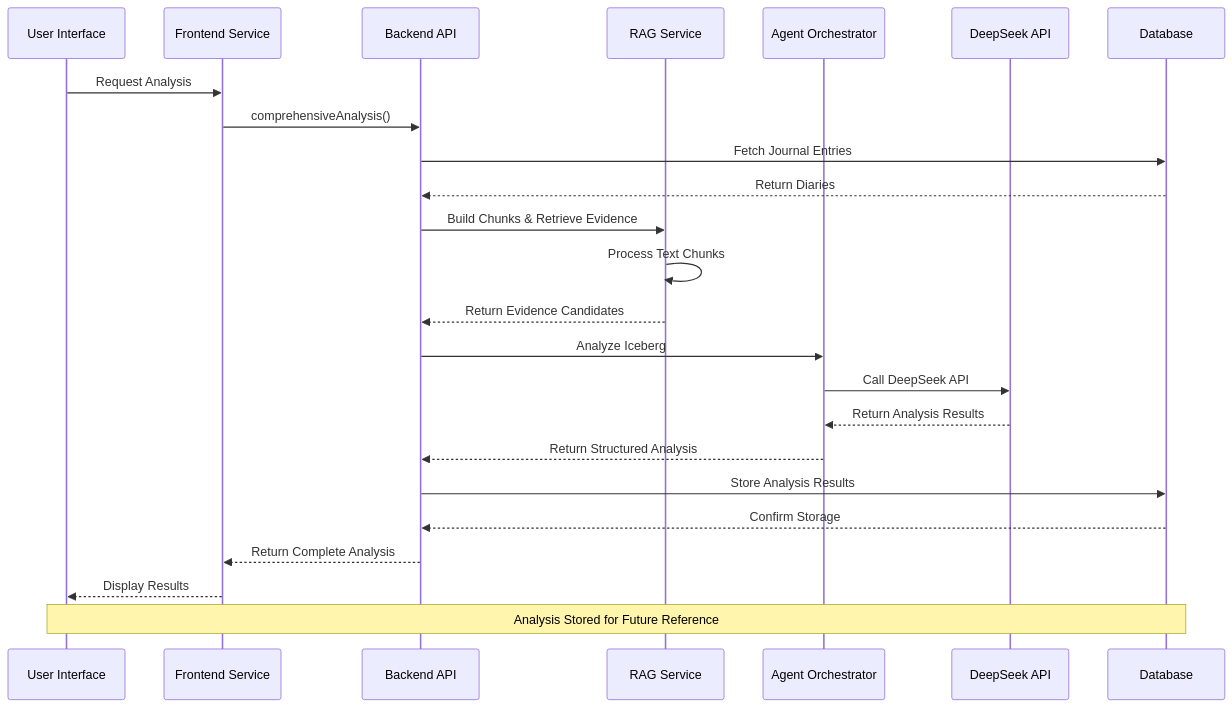
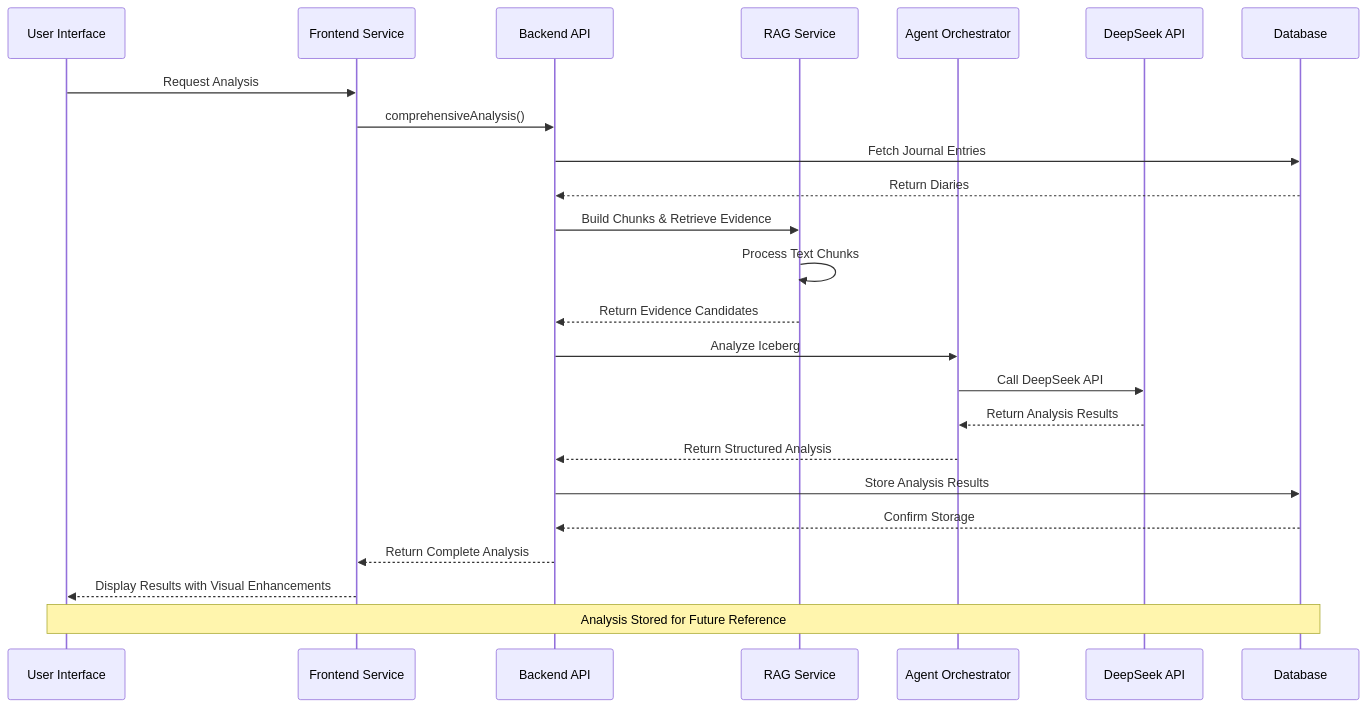
One commit to rainRise/aidiary changed the second of 7 diagrams in .qoder/repowiki/en/content/Analysis Overview Component.md. Above: the diagram before and after it, drawn with Mermaid. The commit also changed other lines of this file and 13 other files, not shown here.

````diff
--- a/.qoder/repowiki/en/content/Analysis Overview Component.md
+++ b/.qoder/repowiki/en/content/Analysis Overview Component.md
@@ -145,26 +171,26 @@
 ```mermaid
 sequenceDiagram
 participant User as User Interface
 participant FE as Frontend Service
 participant BE as Backend API
 participant RAG as RAG Service
 participant Agents as Agent Orchestrator
 participant LLM as DeepSeek API
 participant DB as Database
 User->>FE : Request Analysis
 FE->>BE : comprehensiveAnalysis()
 BE->>DB : Fetch Journal Entries
 DB-->>BE : Return Diaries
 BE->>RAG : Build Chunks & Retrieve Evidence
 RAG->>RAG : Process Text Chunks
 RAG-->>BE : Return Evidence Candidates
 BE->>Agents : Analyze Iceberg
 Agents->>LLM : Call DeepSeek API
 LLM-->>Agents : Return Analysis Results
 Agents-->>BE : Return Structured Analysis
 BE->>DB : Store Analysis Results
 DB-->>BE : Confirm Storage
 BE-->>FE : Return Complete Analysis
-FE-->>User : Display Results
+FE-->>User : Display Results with Visual Enhancements
 Note over User,DB : Analysis Stored for Future Reference
 ```
````
